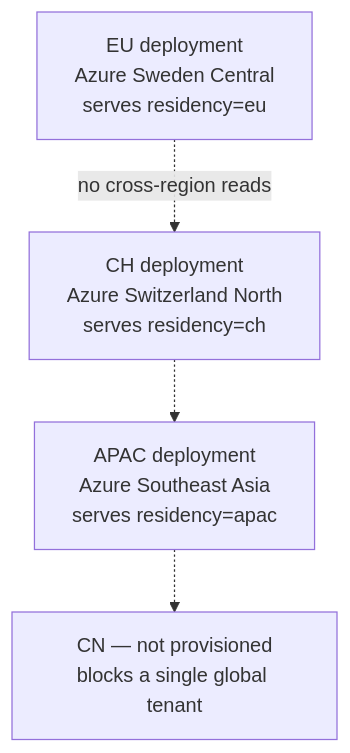
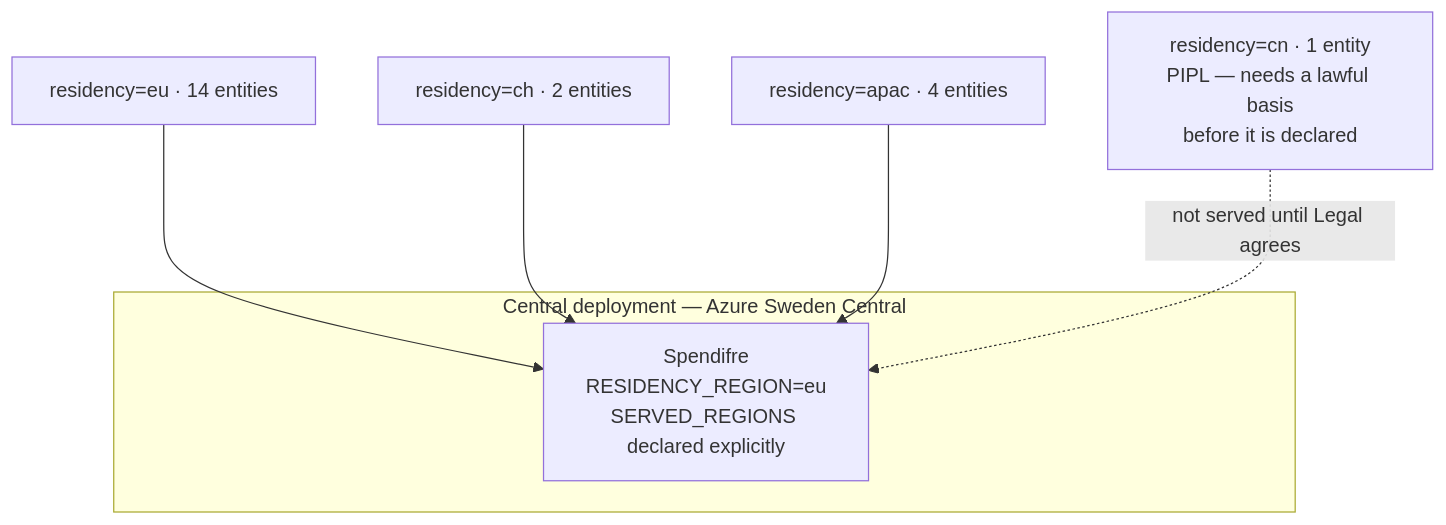
One commit to nicpozent/budget changed the fifth of 5 diagrams in docs/architecture/hld.md. Above: the diagram before and after it, drawn with Mermaid. The commit also changed other lines of this file and 17 other files, not shown here.

First line of the commit message:
Make the single central deployment implementable

````diff
--- a/docs/architecture/hld.md
+++ b/docs/architecture/hld.md
@@ -214,10 +234,10 @@
 ```mermaid
 flowchart TB
-  EU["EU deployment<br/>Azure Sweden Central<br/>serves residency=eu"]
-  CH["CH deployment<br/>Azure Switzerland North<br/>serves residency=ch"]
-  AP["APAC deployment<br/>Azure Southeast Asia<br/>serves residency=apac"]
-  CN["CN — not provisioned<br/>blocks a single global tenant"]
-  EU -.->|no cross-region reads| CH
-  CH -.-> AP
-  AP -.-> CN
+  subgraph central["Central deployment — Azure Sweden Central"]
+    APP["Spendifre<br/>RESIDENCY_REGION=eu<br/>SERVED_REGIONS declared explicitly"]
+  end
+  EU["residency=eu · 14 entities"] --> APP
+  CH["residency=ch · 2 entities"] --> APP
+  AP["residency=apac · 4 entities"] --> APP
+  CN["residency=cn · 1 entity<br/>PIPL — needs a lawful basis<br/>before it is declared"] -.->|not served until Legal agrees| APP
 ```
````
